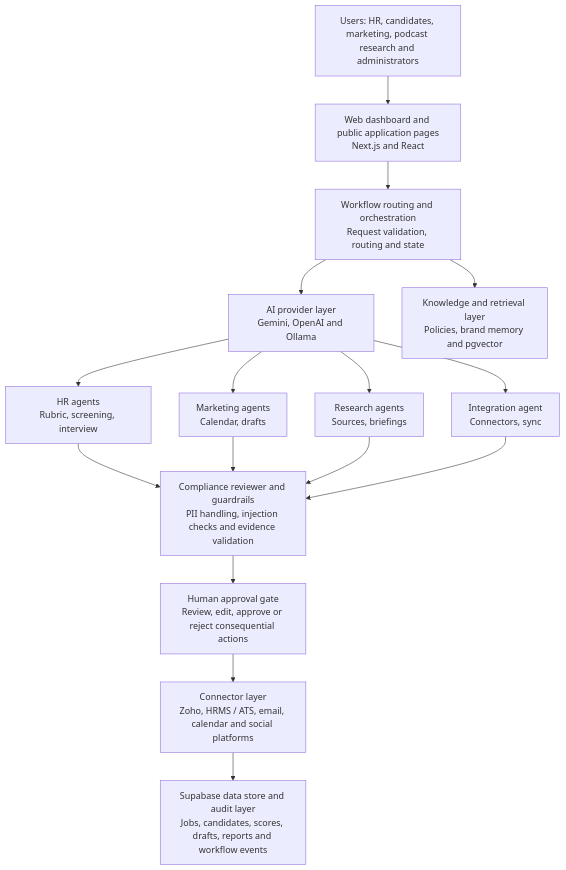
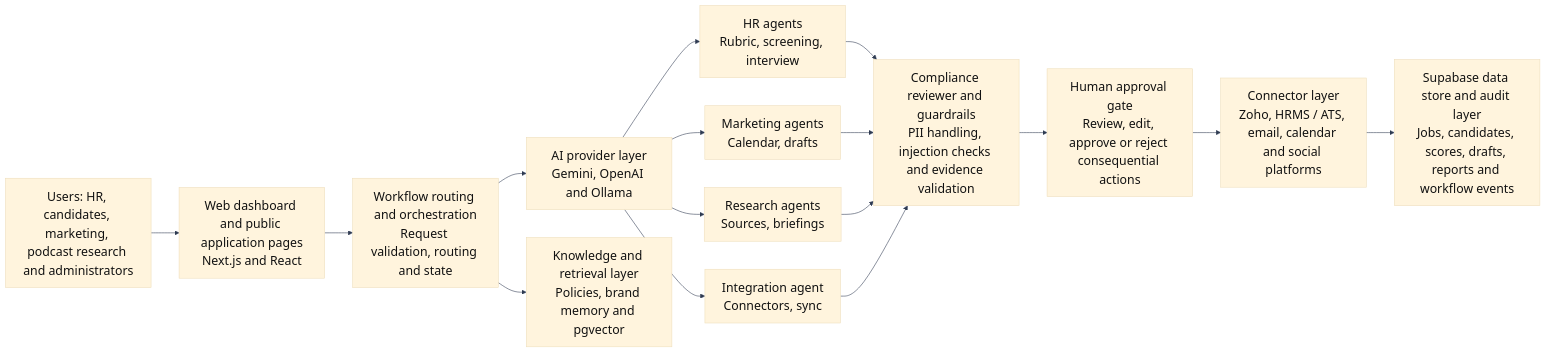
Before and after one commit to NinjDivorcdGorge/InfinityPool-report-IT-ved: the diagram in ProjectReport/BE3_Major_Project_Report_LaTeX/images/diagrams/system-block-diagram.mmd, drawn with Mermaid. The commit also changed 35 other files, not shown here.

```diff
--- a/ProjectReport/BE3_Major_Project_Report_LaTeX/images/diagrams/system-block-diagram.mmd
+++ b/ProjectReport/BE3_Major_Project_Report_LaTeX/images/diagrams/system-block-diagram.mmd
@@ -1,16 +1,28 @@
-flowchart TD
+%%{
+  init: {
+    'theme': 'base',
+    'themeVariables': {
+      'fontSize': '22px',
+      'fontFamily': 'Arial',
+      'lineColor': '#2f3b52',
+      'primaryTextColor': '#111111',
+      'tertiaryTextColor': '#111111'
+    }
+  }
+}%%
+flowchart LR
     U["Users: HR, candidates, marketing, podcast research and administrators"] --> D["Web dashboard and public application pages<br/>Next.js and React"]
     D --> R["Workflow routing and orchestration<br/>Request validation, routing and state"]
     R --> AI["AI provider layer<br/>Gemini, OpenAI and Ollama"]
     R --> KG["Knowledge and retrieval layer<br/>Policies, brand memory and pgvector"]
     AI --> H["HR agents<br/>Rubric, screening, interview"]
     AI --> M["Marketing agents<br/>Calendar, drafts"]
     AI --> P["Research agents<br/>Sources, briefings"]
     AI --> IN["Integration agent<br/>Connectors, sync"]
     H --> G["Compliance reviewer and guardrails<br/>PII handling, injection checks and evidence validation"]
     M --> G
     P --> G
     IN --> G
     G --> A["Human approval gate<br/>Review, edit, approve or reject consequential actions"]
     A --> C["Connector layer<br/>Zoho, HRMS / ATS, email, calendar and social platforms"]
     C --> S["Supabase data store and audit layer<br/>Jobs, candidates, scores, drafts, reports and workflow events"]
```
